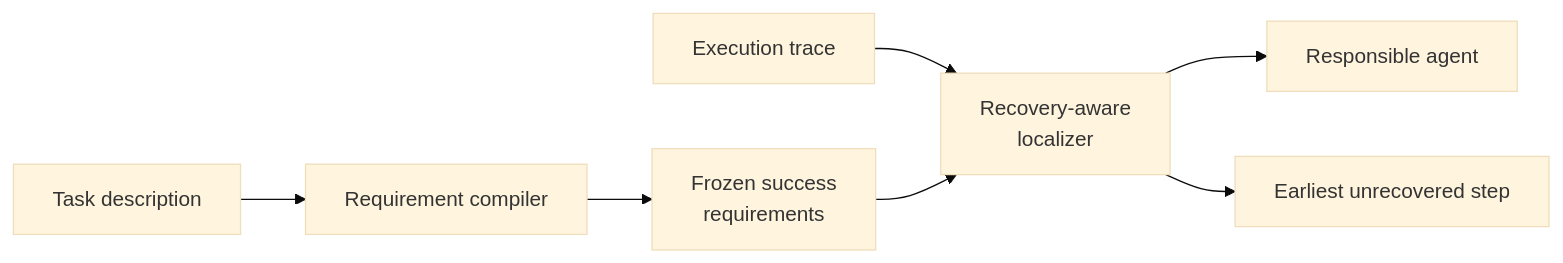
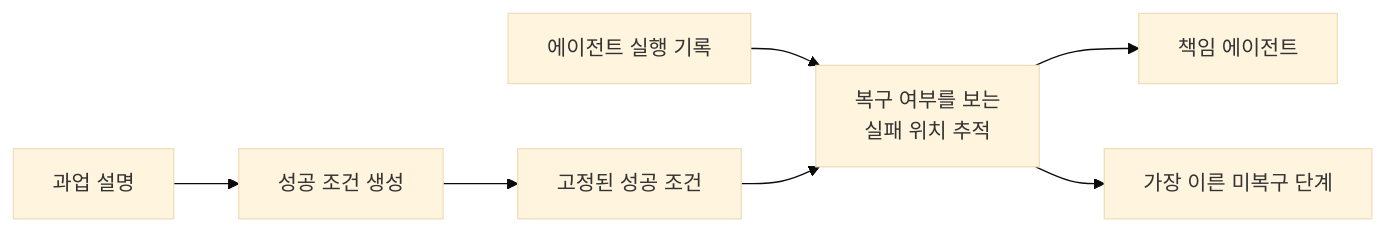
The diagram in README.md (yoon-chan-hyeok/multi-agent-failure-localization), drawn with Mermaid (base theme) before and after one commit. The commit also changed other lines of this file, not shown here.

````diff
--- a/README.md
+++ b/README.md
@@ -30,9 +43,9 @@
-~~~mermaid
+```mermaid
 flowchart LR
-    T["Task description"] --> C["Requirement compiler"]
-    C --> R["Frozen success<br/>requirements"]
-    X["Execution trace"] --> L["Recovery-aware<br/>localizer"]
+    T["과업 설명"] --> C["성공 조건 생성"]
+    C --> R["고정된 성공 조건"]
+    X["에이전트 실행 기록"] --> L["복구 여부를 보는<br/>실패 위치 추적"]
     R --> L
-    L --> A["Responsible agent"]
-    L --> S["Earliest unrecovered step"]
-~~~
+    L --> A["책임 에이전트"]
+    L --> S["가장 이른 미복구 단계"]
+```
````
